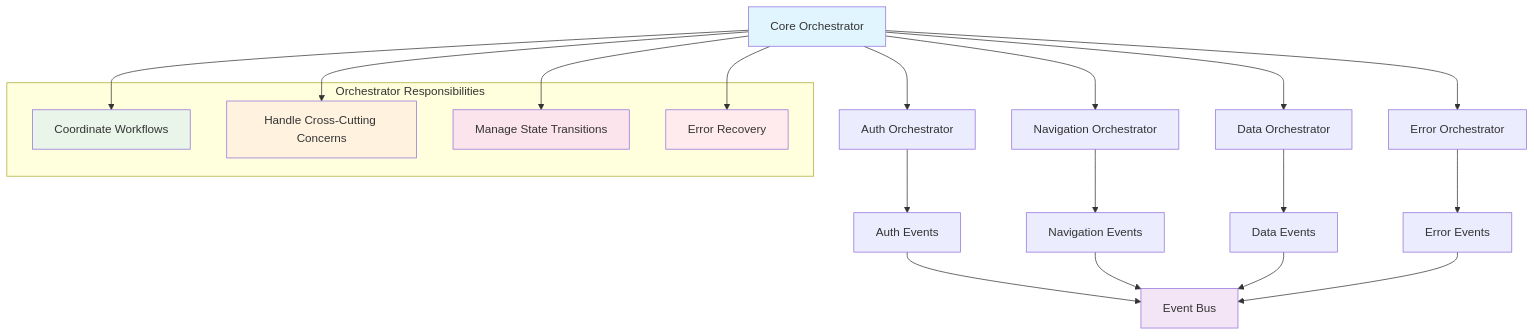
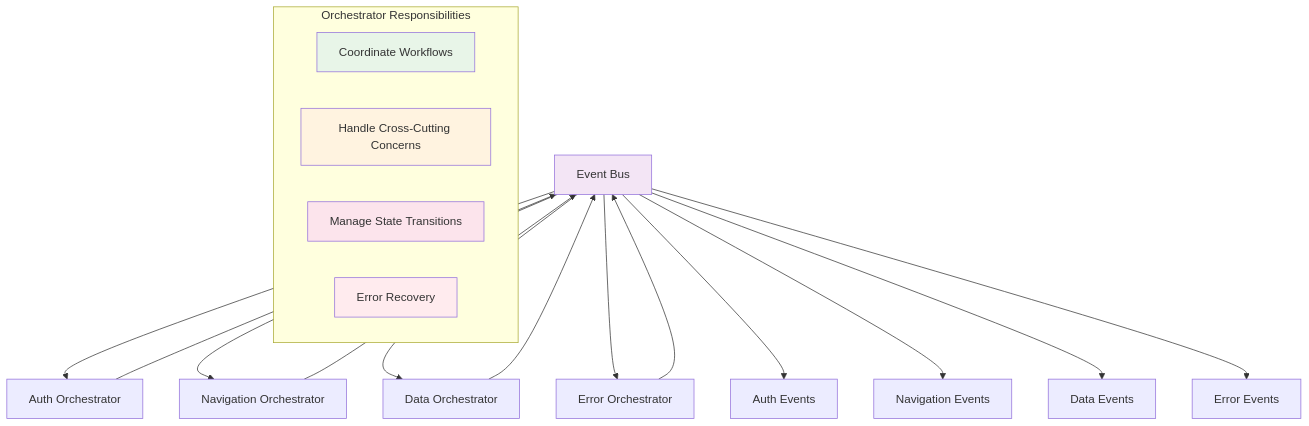
Before and after one commit to FAenX/articles: the sixth of 22 diagrams in entreprise_ui_guide.md, drawn with Mermaid. The commit also changed other lines of this file and 1 other file, not shown here.

Commit message:
docs(orchestrators): remove core orchestrator; make orchestrators independent; update Do/Don’t; add README linking to guide

````diff
--- a/entreprise_ui_guide.md
+++ b/entreprise_ui_guide.md
@@ -257,36 +257,34 @@
 ```mermaid
 graph TD
-    A[Core Orchestrator] --> B[Auth Orchestrator]
-    A --> C[Navigation Orchestrator]
-    A --> D[Data Orchestrator]
-    A --> E[Error Orchestrator]
+    J[Event Bus]
 
-    B --> F[Auth Events]
-    C --> G[Navigation Events]
-    D --> H[Data Events]
-    E --> I[Error Events]
+    %% Orchestrators subscribe to and emit events via the Event Bus
+    J --> B[Auth Orchestrator]
+    J --> C[Navigation Orchestrator]
+    J --> D[Data Orchestrator]
+    J --> E[Error Orchestrator]
 
-    F --> J[Event Bus]
-    G --> J
-    H --> J
-    I --> J
+    B --> J
+    C --> J
+    D --> J
+    E --> J
+
+    %% Event categories
+    J --> F[Auth Events]
+    J --> G[Navigation Events]
+    J --> H[Data Events]
+    J --> I[Error Events]
 
     subgraph Orchestrator Responsibilities
         K[Coordinate Workflows]
         L[Handle Cross-Cutting Concerns]
         M[Manage State Transitions]
         N[Error Recovery]
     end
 
-    A --> K
-    A --> L
-    A --> M
-    A --> N
-
-    style A fill:#e1f5fe
     style J fill:#f3e5f5
     style K fill:#e8f5e8
     style L fill:#fff3e0
     style M fill:#fce4ec
     style N fill:#ffebee
 ```
````
